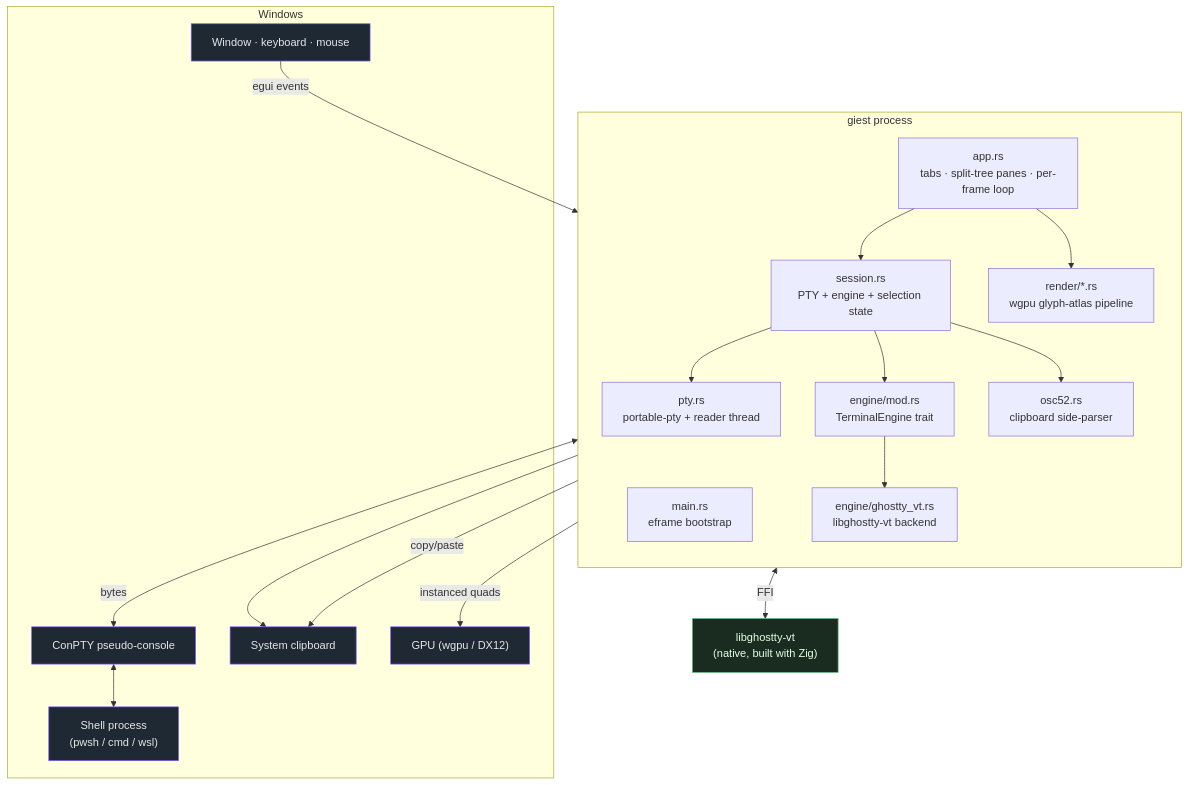
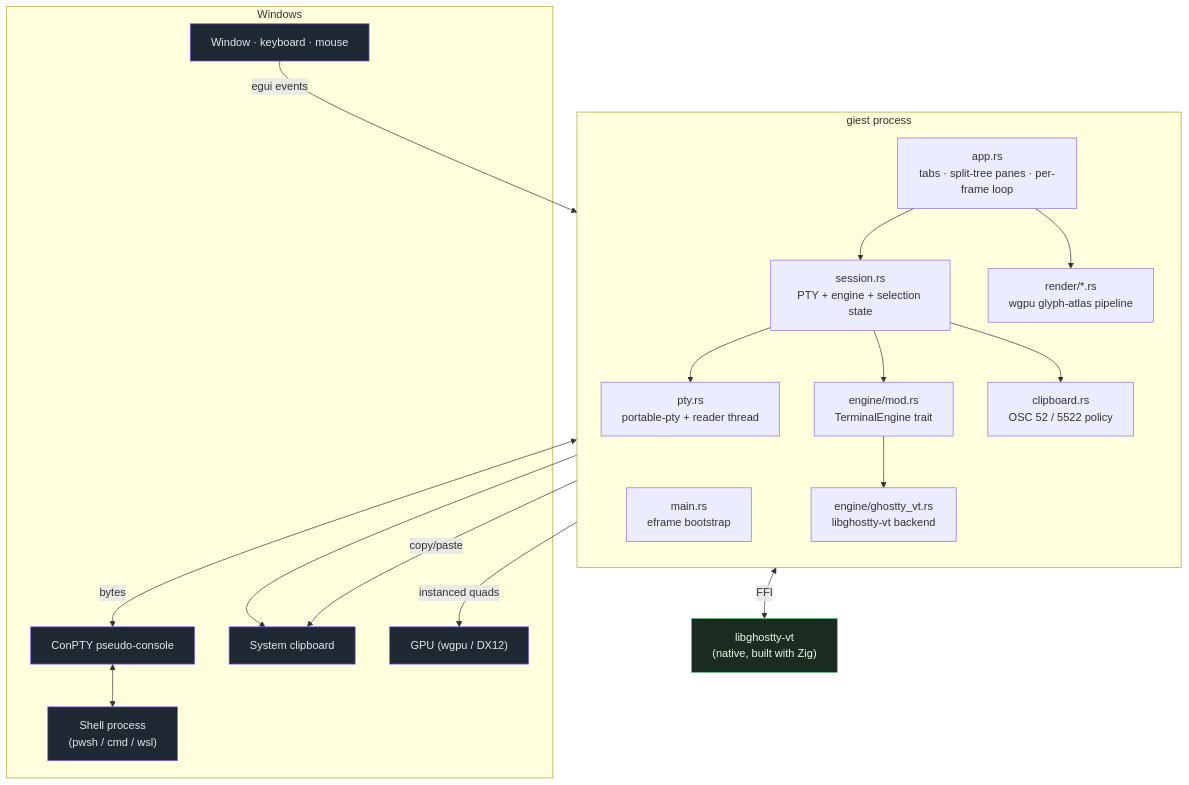
One commit to stvnksslr/geist changed the diagram in docs/architecture/overview.md. Above: the diagram before and after it, drawn with Mermaid. The commit also changed other lines of this file and 23 other files, not shown here.

First line of the commit message:
feat(clipboard): kitty OSC 5522 + paste events; OSC 52 and pwd from the engine

````diff
--- a/docs/architecture/overview.md
+++ b/docs/architecture/overview.md
@@ -10,43 +10,43 @@
 ```mermaid
 flowchart TB
     subgraph win["Windows"]
         conpty["ConPTY pseudo-console"]
         shell["Shell process<br/>(pwsh / cmd / wsl)"]
         clip["System clipboard"]
         gpu["GPU (wgpu / DX12)"]
         winsys["Window · keyboard · mouse"]
     end
 
     subgraph app["giest process"]
         direction TB
         main["main.rs<br/>eframe bootstrap"]
         appmod["app.rs<br/>tabs · split-tree panes · per-frame loop"]
         session["session.rs<br/>PTY + engine + selection state"]
         pty["pty.rs<br/>portable-pty + reader thread"]
         engine["engine/mod.rs<br/>TerminalEngine trait"]
         ghostty["engine/ghostty_vt.rs<br/>libghostty-vt backend"]
         render["render/*.rs<br/>wgpu glyph-atlas pipeline"]
-        osc52["osc52.rs<br/>clipboard side-parser"]
+        osc52["clipboard.rs<br/>OSC 52 / 5522 policy"]
     end
 
     vt["libghostty-vt<br/>(native, built with Zig)"]
 
     winsys -->|egui events| appmod
     appmod --> session
     session --> pty
     pty <-->|bytes| conpty
     conpty <--> shell
     session --> engine
     engine --> ghostty
     ghostty <-->|FFI| vt
     session --> osc52
     osc52 --> clip
     appmod --> render
     render -->|instanced quads| gpu
     appmod -->|copy/paste| clip
 
     classDef osNode fill:#1f2933,stroke:#7c5cff,color:#e6e6e6
     classDef vtNode fill:#1a2b1f,stroke:#5cba7c,color:#e6ffe6
     class conpty,shell,clip,gpu,winsys osNode
     class vt vtNode
 ```
````
